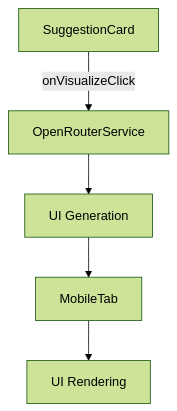
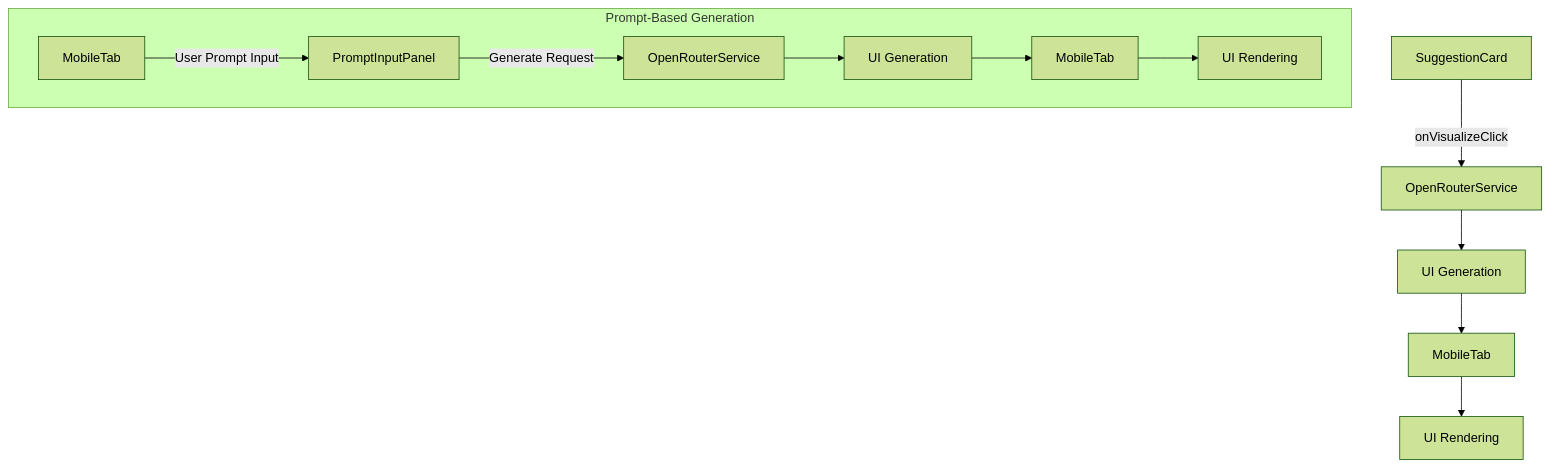
Before and after one commit to Privasim/backup: the first of 4 diagrams in visualize-frontend.md, drawn with Mermaid (forest theme). The commit also changed other lines of this file, not shown here.

````diff
--- a/visualize-frontend.md
+++ b/visualize-frontend.md
@@ -4,7 +6,15 @@
 ```mermaid
 graph TD
     A[SuggestionCard] -->|onVisualizeClick| B[OpenRouterService]
     B --> C[UI Generation]
     C --> D[MobileTab]
     D --> E[UI Rendering]
+
+    subgraph Prompt-Based Generation
+        F[MobileTab] -->|User Prompt Input| G[PromptInputPanel]
+        G -->|Generate Request| H[OpenRouterService]
+        H --> I[UI Generation]
+        I --> J[MobileTab]
+        J --> K[UI Rendering]
+    end
 ```
````
